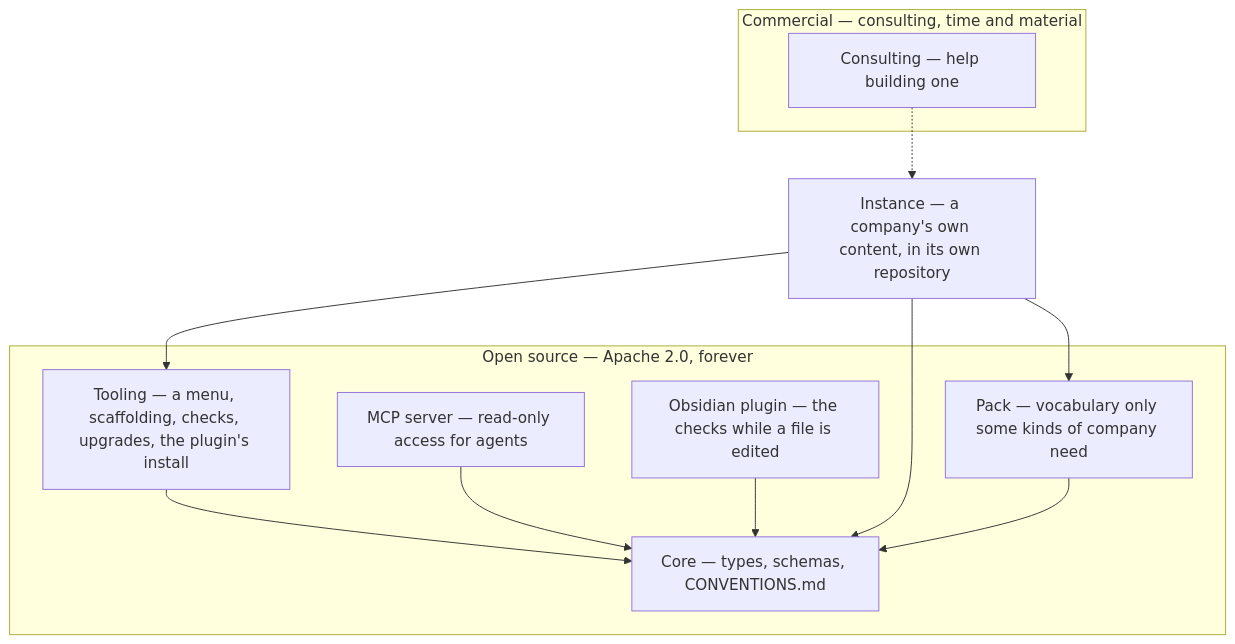
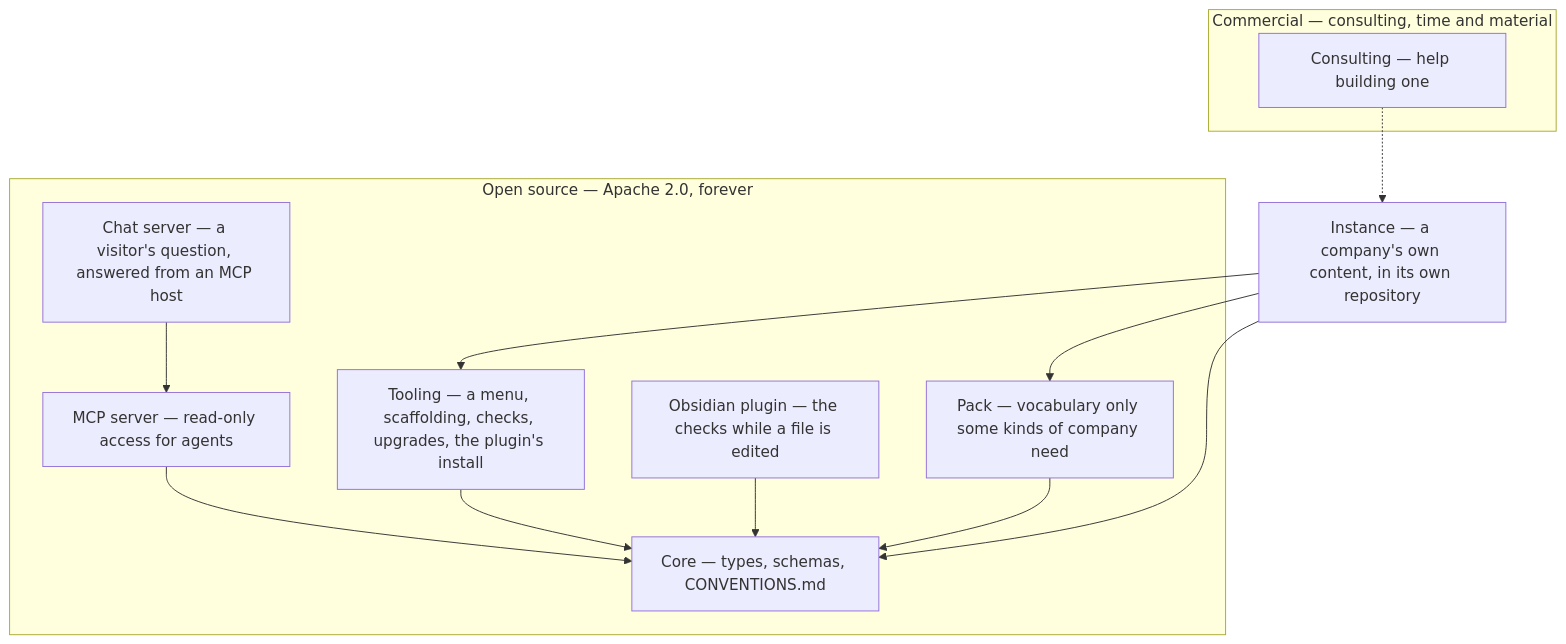
One commit to companygraph/meta-model changed the diagram in README.md. Above: the diagram before and after it, drawn with Mermaid. The commit also changed other lines of this file, not shown here.

First line of the commit message:
The README names every instance and the chat beside the server

````diff
--- a/README.md
+++ b/README.md
@@ -51,21 +51,23 @@
 ```mermaid
 flowchart TB
     subgraph commercial["Commercial — consulting, time and material"]
         CONS["Consulting — help building one"]
     end
     subgraph oss["Open source — Apache 2.0, forever"]
         TOOL["Tooling — a menu, scaffolding, checks, upgrades, the plugin's install"]
         SERVER["MCP server — read-only access for agents"]
+        CHAT["Chat server — a visitor's question, answered from an MCP host"]
         PLUGIN["Obsidian plugin — the checks while a file is edited"]
         PACK["Pack — vocabulary only some kinds of company need"]
         CORE["Core — types, schemas, CONVENTIONS.md"]
     end
     INST["Instance — a company's own content, in its own repository"]
 
     CONS -.-> INST
     TOOL --> CORE
     SERVER --> CORE
+    CHAT --> SERVER
     PLUGIN --> CORE
     INST --> TOOL & PACK & CORE
     PACK --> CORE
 ```
````
